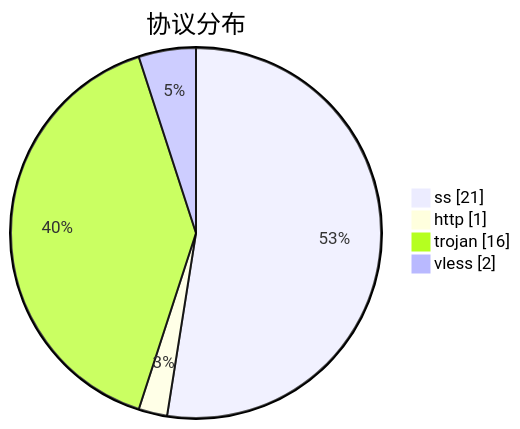
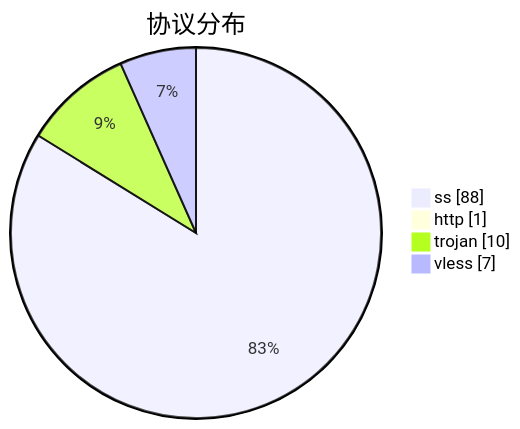
Before and after one commit to qjlxg/airport: the third of 3 diagrams in subs/statistics/tested_within.md, drawn with Mermaid. The commit also changed other lines of this file and 2 other files, not shown here.

````diff
--- a/subs/statistics/tested_within.md
+++ b/subs/statistics/tested_within.md
@@ -21,8 +28,8 @@
 ```mermaid
 pie showData
 title 协议分布
-"ss" : 21
+"ss" : 88
 "http" : 1
-"trojan" : 16
-"vless" : 2
+"trojan" : 10
+"vless" : 7
 ```
````
